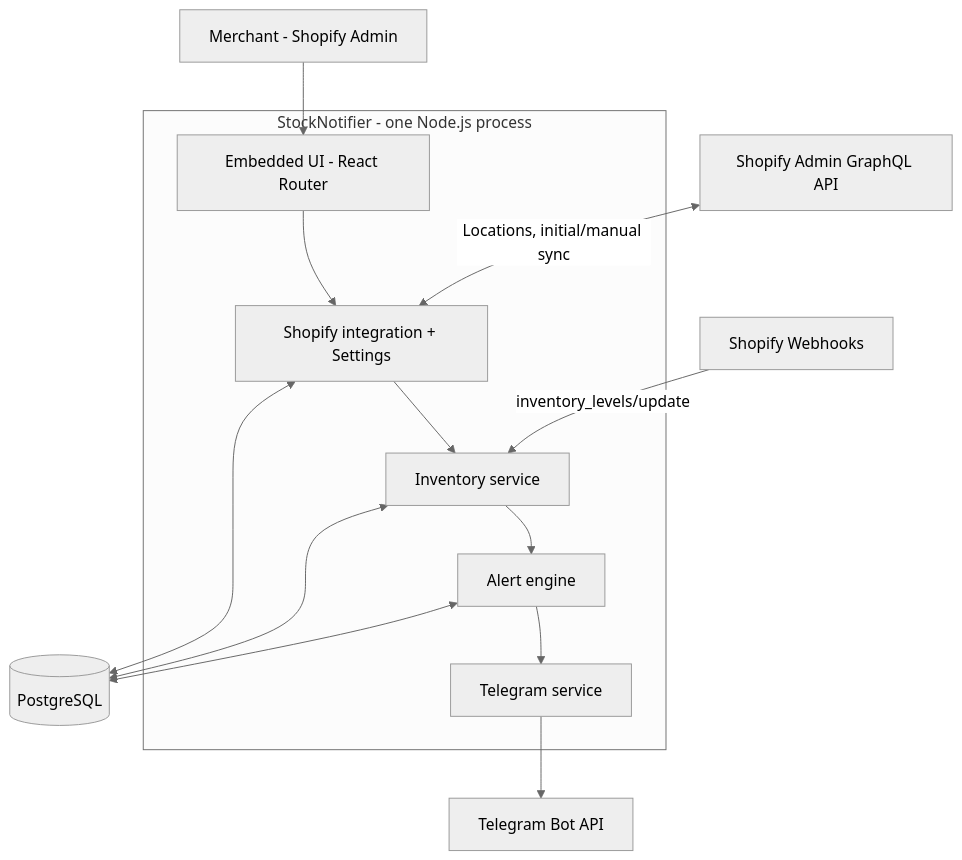
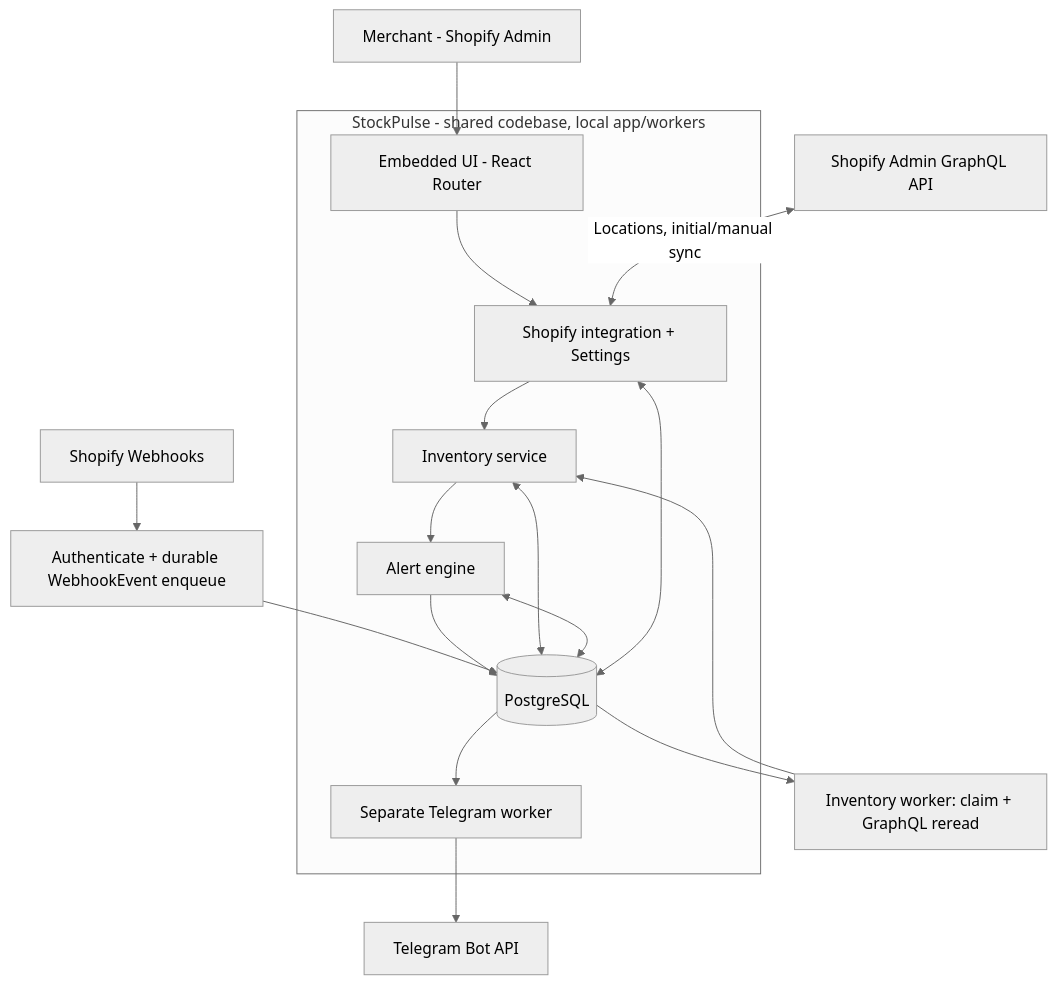
The first of 4 diagrams in docs/ARCHITECTURE.md (NgnTienDat/stock-notifier), drawn with Mermaid (neutral theme) before and after one commit. The commit also changed other lines of this file and 30 other files, not shown here.

Commit message:
feat(inventory): add multi-location webhooks and lifecycle handling

````diff
--- a/docs/ARCHITECTURE.md
+++ b/docs/ARCHITECTURE.md
@@ -15,18 +15,22 @@
 ```mermaid
 flowchart TB
     M["Merchant - Shopify Admin"] --> UI["Embedded UI - React Router"]
     UI --> API["Shopify integration + Settings"]
     S["Shopify Admin GraphQL API"] <-->|"Locations, initial/manual sync"| API
-    W["Shopify Webhooks"] -->|"inventory_levels/update"| INV["Inventory service"]
+    W["Shopify Webhooks"] --> RECEIPT["Authenticate + durable WebhookEvent enqueue"]
+    RECEIPT --> DB
+    DB --> IW["Inventory worker: claim + GraphQL reread"]
+    IW --> INV["Inventory service"]
     API --> INV
-    subgraph APP["StockNotifier - one Node.js process"]
+    subgraph APP["StockPulse - shared codebase, local app/workers"]
         UI
         API
         INV --> ALERT["Alert engine"]
-        ALERT --> NOTIFY["Telegram service"]
+        ALERT --> DB
+        DB --> NOTIFY["Separate Telegram worker"]
     end
     INV <--> DB[(PostgreSQL)]
     ALERT <--> DB
     API <--> DB
     NOTIFY --> T["Telegram Bot API"]
 ```
````
